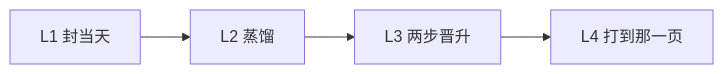
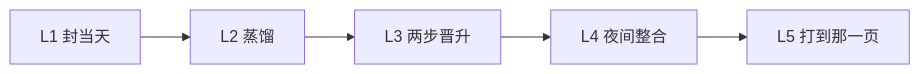
One commit to 398894496-arch/DSH-KRouter changed the diagram in README.zh.md. Above: the diagram before and after it, drawn with Mermaid. The commit also changed other lines of this file and 7 other files, not shown here.

````diff
--- a/README.zh.md
+++ b/README.zh.md
@@ -25,6 +25,7 @@
 ```mermaid
 flowchart LR
   L1[L1 封当天] --> L2[L2 蒸馏]
   L2 --> L3[L3 两步晋升]
-  L3 --> L4[L4 打到那一页]
+  L3 --> L4[L4 夜间整合]
+  L4 --> L5[L5 打到那一页]
 ```
````
